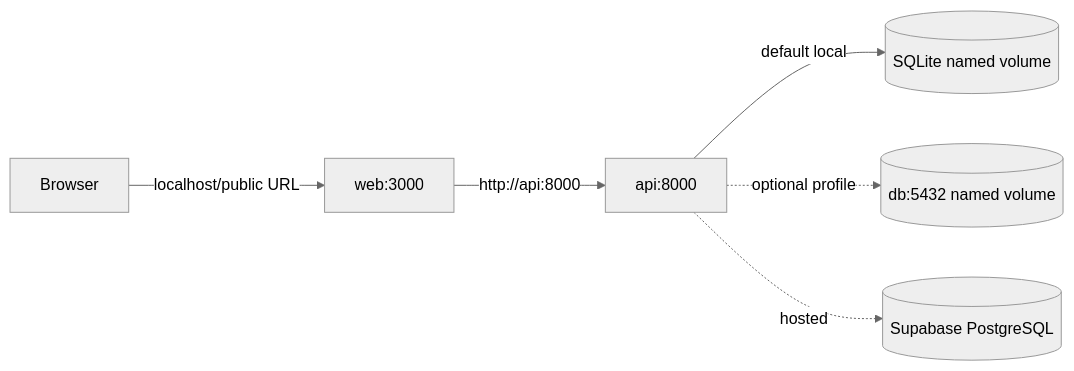
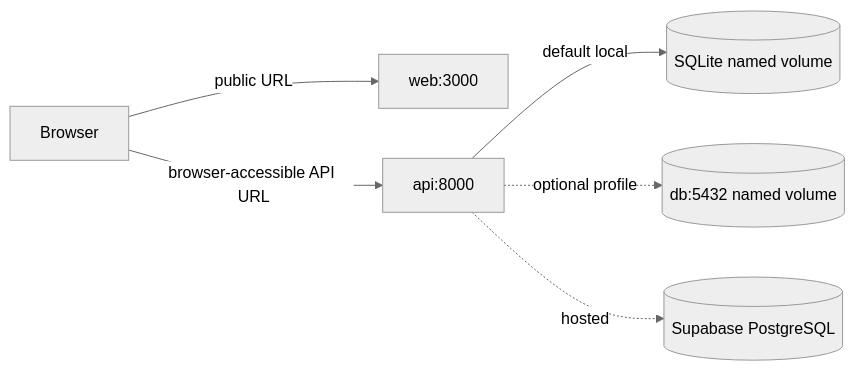
The diagram in docs/docker.md (Zasim1074/llm-reliability-lab), drawn with Mermaid (neutral theme) before and after one commit. The commit also changed other lines of this file and 4 other files, not shown here.

````diff
--- a/docs/docker.md
+++ b/docs/docker.md
@@ -78,8 +78,8 @@
 ```mermaid
 flowchart LR
-  B[Browser] -->|localhost/public URL| W[web:3000]
-  W -->|http://api:8000| A[api:8000]
+  B[Browser] -->|public URL| W[web:3000]
+  B -->|browser-accessible API URL| A[api:8000]
   A -->|default local| S[(SQLite named volume)]
   A -. optional profile .-> D[(db:5432 named volume)]
   A -. hosted .-> P[(Supabase PostgreSQL)]
 ```
````
